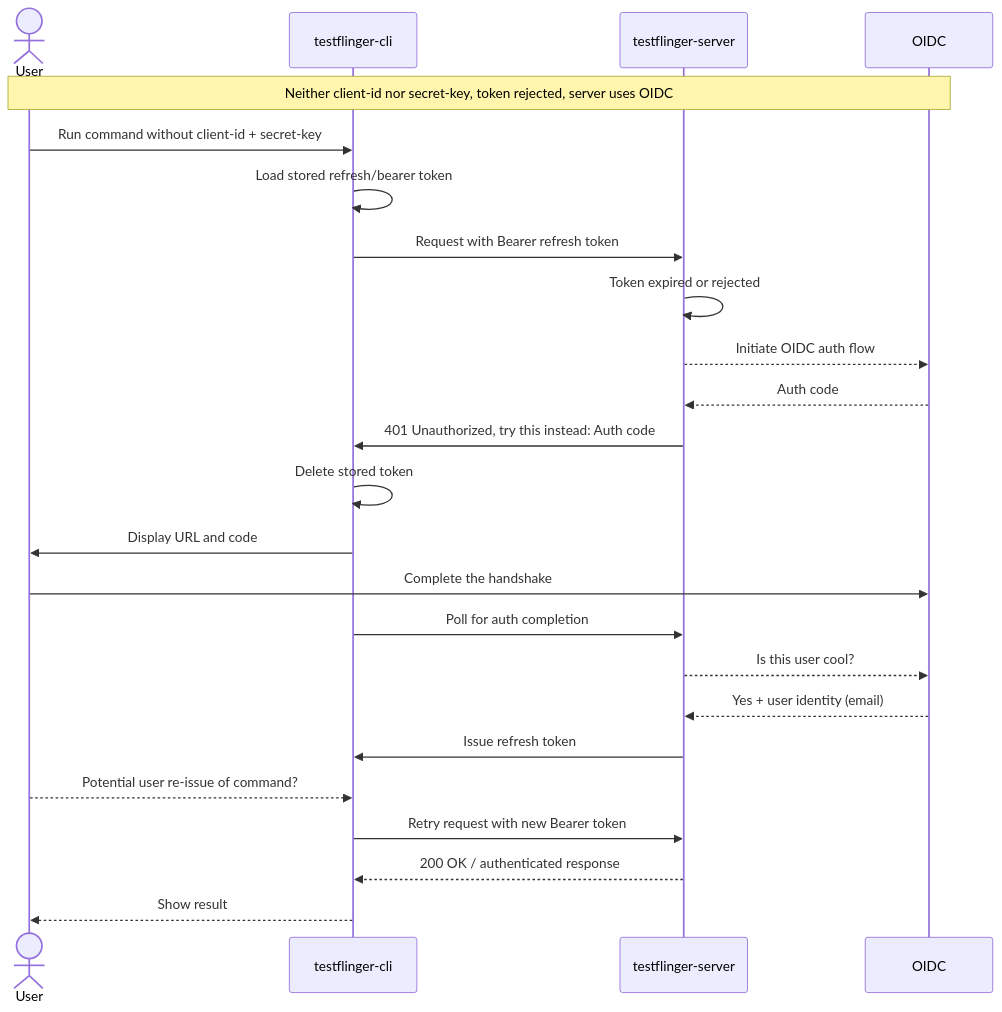
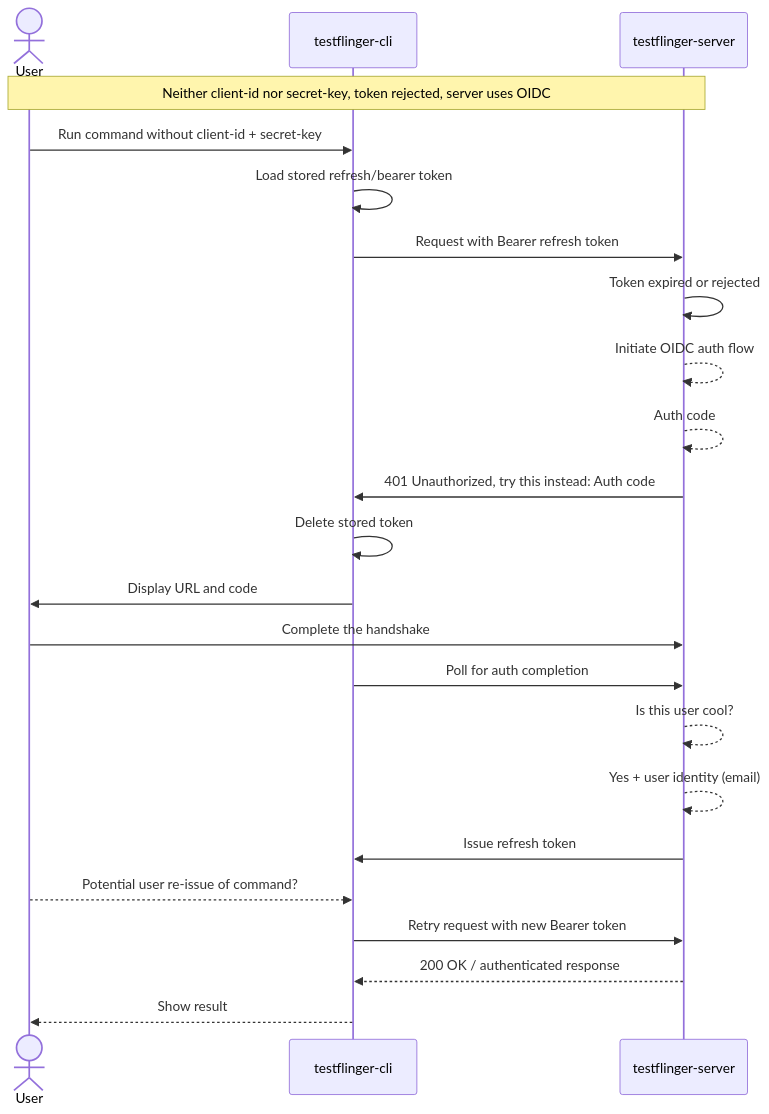
The third of 7 diagrams in docs/explanation/authentication.rst (canonical/testflinger), drawn with Mermaid before and after one commit. The commit also changed other lines of this file, not shown here.

Commit message:
docs: replace OIDC participant references with Server in mermaid diagrams

```diff
--- a/docs/explanation/authentication.rst
+++ b/docs/explanation/authentication.rst
@@ -81,29 +81,29 @@
 .. mermaid::
     :alt: Sequence diagram showing a refresh token being rejected and the server initiating OIDC process
     :caption: Sequence diagram showing a refresh token being rejected and the server initiating OIDC process
     :align: center
 
     sequenceDiagram
         actor User
         participant CLI as testflinger-cli
         participant Server as testflinger-server
 
-        Note over User,OIDC: Neither client-id nor secret-key, token rejected, server uses OIDC
+        Note over User,Server: Neither client-id nor secret-key, token rejected, server uses OIDC
         User->>CLI: Run command without client-id + secret-key
         CLI->>CLI: Load stored refresh/bearer token
         CLI->>Server: Request with Bearer refresh token
         Server->>Server: Token expired or rejected
-        Server-->>OIDC: Initiate OIDC auth flow
-        OIDC-->>Server: Auth code
+        Server-->>Server: Initiate OIDC auth flow
+        Server-->>Server: Auth code
         Server->>CLI: 401 Unauthorized, try this instead: Auth code
         CLI->>CLI: Delete stored token
         CLI->>User: Display URL and code
-        User->>OIDC: Complete the handshake
+        User->>Server: Complete the handshake
         CLI->>Server: Poll for auth completion
-        Server-->>OIDC: Is this user cool?
-        OIDC-->>Server: Yes + user identity (email)
+        Server-->>Server: Is this user cool?
+        Server-->>Server: Yes + user identity (email)
         Server->>CLI: Issue refresh token
         User-->>CLI: Potential user re-issue of command?
         CLI->>Server: Retry request with new Bearer token
         Server-->>CLI: 200 OK / authenticated response
         CLI-->>User: Show result
```
